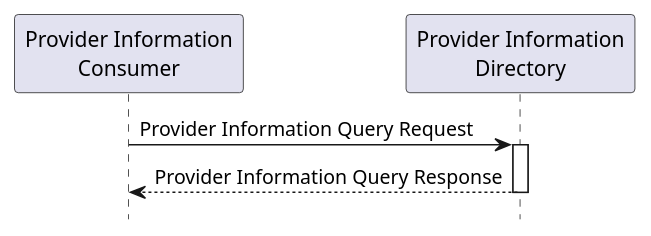
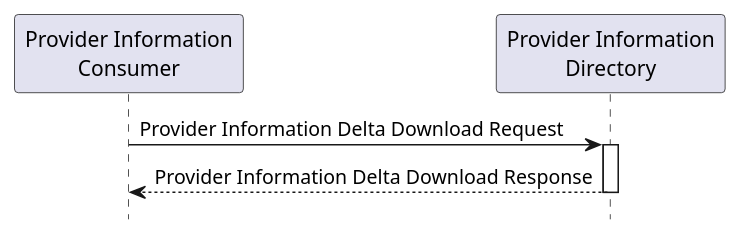
The diagram in _src/iti58.plantuml (ohr/minimal-mistakes), drawn with PlantUML before and after one commit. The commit also changed 12 other files, not shown here.

```diff
--- a/_src/iti58.plantuml
+++ b/_src/iti58.plantuml
@@ -1,12 +1,12 @@
 @startuml
 hide footbox
 
 participant "Provider Information\nConsumer" as PIC
 participant "Provider Information\nDirectory" as PID
 
-PIC -> PID : Provider Information Query Request
+PIC -> PID : Provider Information Delta Download Request
 activate PID
-PID --> PIC : Provider Information Query Response
+PID --> PIC : Provider Information Delta Download Response
 deactivate PID
 
 @enduml
```
